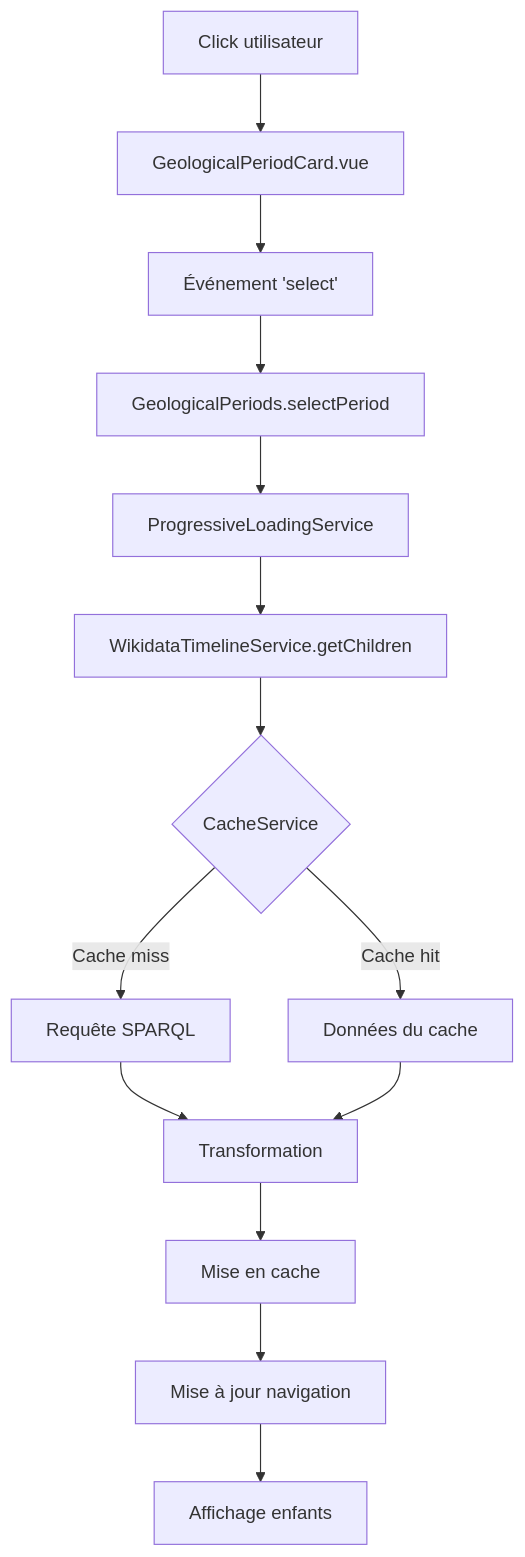
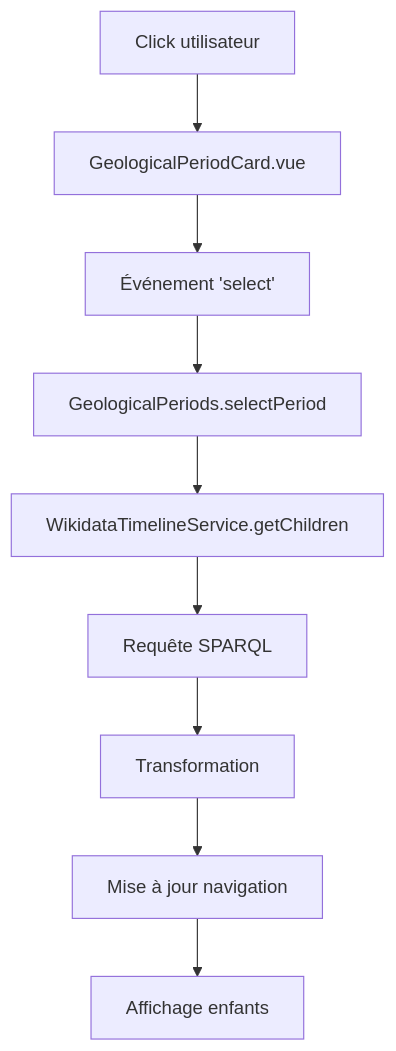
The second of 6 diagrams in Documentation-flux-donnees.md (flobutbut/UniversalTimeline), drawn with Mermaid before and after one commit. The commit also changed other lines of this file and 20 other files, not shown here.

Commit message:
feat: Implémentation du design system et mise à jour de la documentation

````diff
--- a/Documentation-flux-donnees.md
+++ b/Documentation-flux-donnees.md
@@ -40,16 +32,11 @@
 ```mermaid
 graph TD
     A[Click utilisateur] --> B[GeologicalPeriodCard.vue]
     B --> C[Événement 'select']
     C --> D[GeologicalPeriods.selectPeriod]
-    D --> E[ProgressiveLoadingService]
-    E --> F[WikidataTimelineService.getChildren]
-    F --> G{CacheService}
-    G -->|Cache miss| H[Requête SPARQL]
-    G -->|Cache hit| I[Données du cache]
-    H --> J[Transformation]
-    I --> J
-    J --> K[Mise en cache]
-    K --> L[Mise à jour navigation]
-    L --> M[Affichage enfants]
+    D --> E[WikidataTimelineService.getChildren]
+    E --> F[Requête SPARQL]
+    F --> G[Transformation]
+    G --> H[Mise à jour navigation]
+    H --> I[Affichage enfants]
 ```
````
